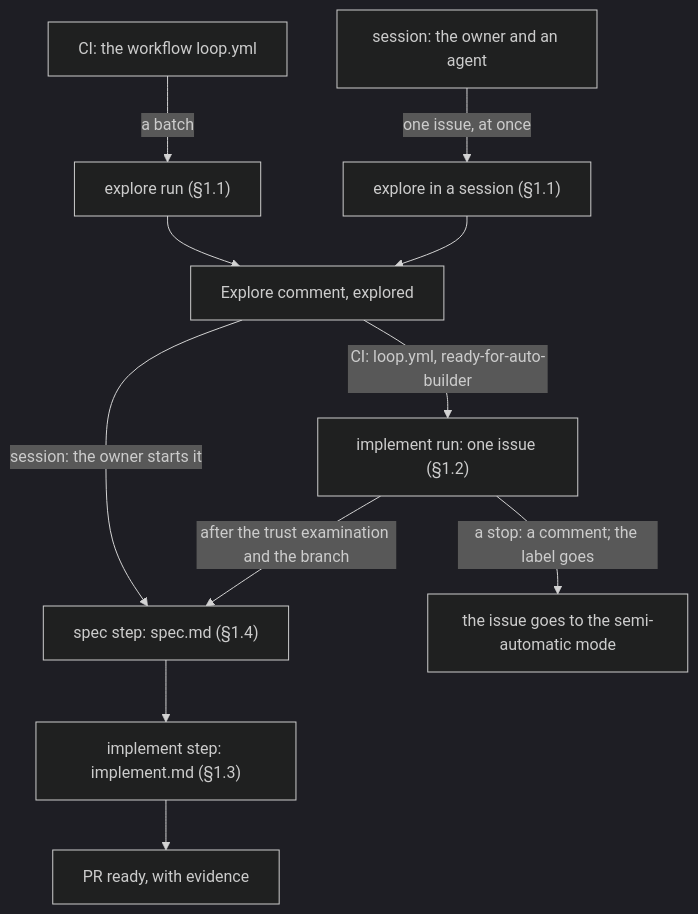
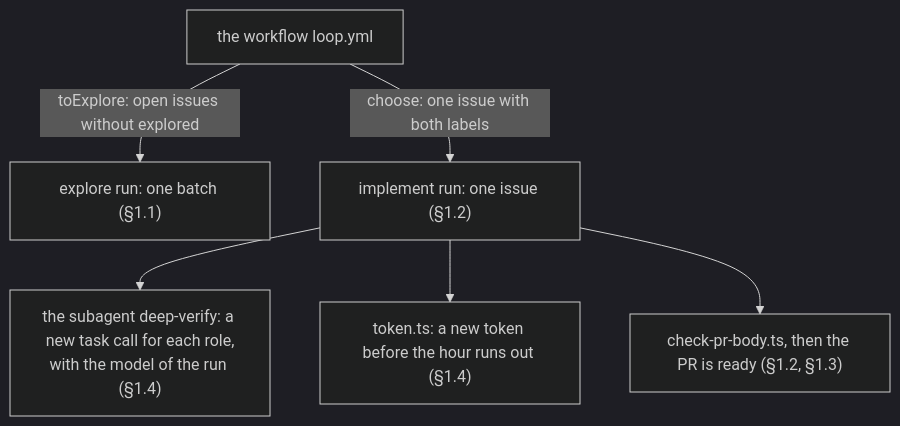
The diagram in knowledge/spec/L3-loop-builder.md (shiyuann/aboveloop), drawn with Mermaid (dark theme) before and after one commit. The commit also changed other lines of this file and 37 other files, not shown here.

First line of the commit message:
Each procedure has one home in a skill, and L3 holds only code and data contracts.

````diff
--- a/knowledge/spec/L3-loop-builder.md
+++ b/knowledge/spec/L3-loop-builder.md
@@ -18,13 +17,8 @@
 ```mermaid
 flowchart TB
-  CI["CI: the workflow loop.yml"] -->|"a batch"| EX["explore run (§1.1)"]
-  SE["session: the owner and an agent"] -->|"one issue, at once"| EXS["explore in a session (§1.1)"]
-  EX --> EC["Explore comment, explored"]
-  EXS --> EC
-  EC -->|"session: the owner starts it"| SP["spec step: spec.md (§1.4)"]
-  EC -->|"CI: loop.yml, ready-for-auto-builder"| IR["implement run: one issue (§1.2)"]
-  IR -->|"after the trust examination and the branch"| SP
-  SP --> IM["implement step: implement.md (§1.3)"]
-  IM --> PR["PR ready, with evidence"]
-  IR -->|"a stop: a comment; the label goes"| ST["the issue goes to the semi-automatic mode"]
+  CI["the workflow loop.yml"] -->|"toExplore: open issues without explored"| EX["explore run: one batch (§1.1)"]
+  CI -->|"choose: one issue with both labels"| IR["implement run: one issue (§1.2)"]
+  IR --> SA["the subagent deep-verify: a new task call for each role,<br/>with the model of the run (§1.4)"]
+  IR --> TK["token.ts: a new token before the hour runs out (§1.4)"]
+  IR --> CK["check-pr-body.ts, then the PR is ready (§1.2, §1.3)"]
 ```
````
